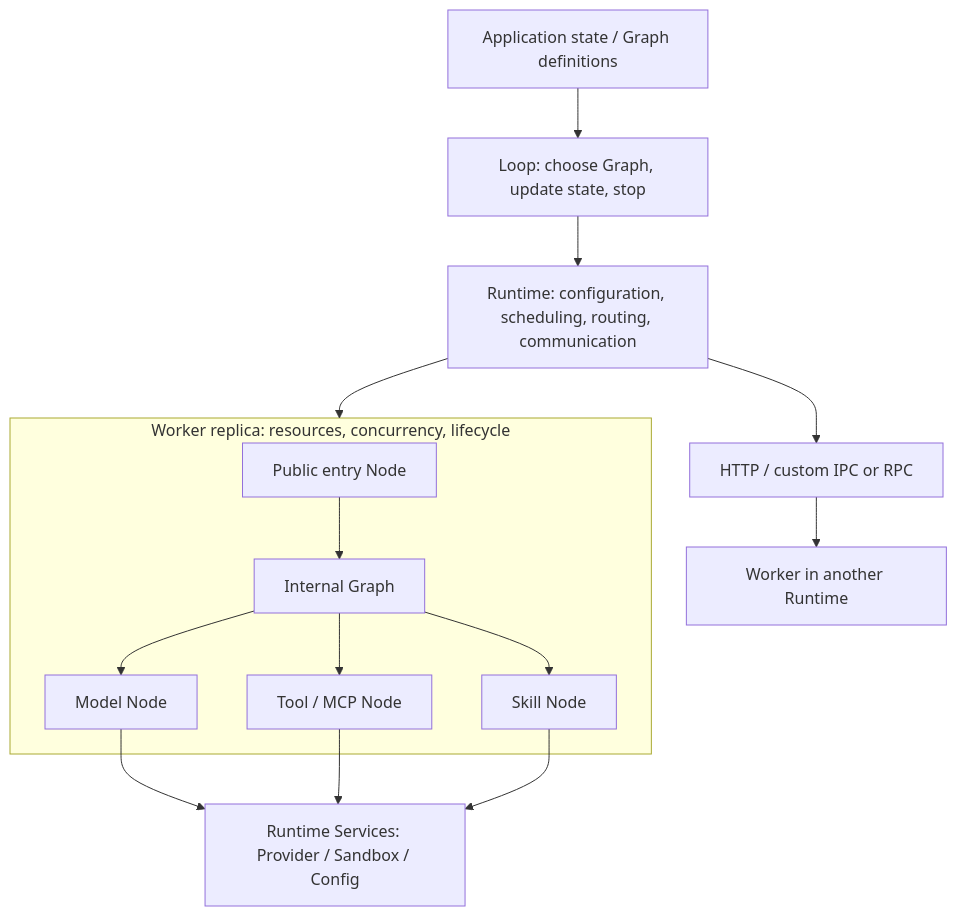
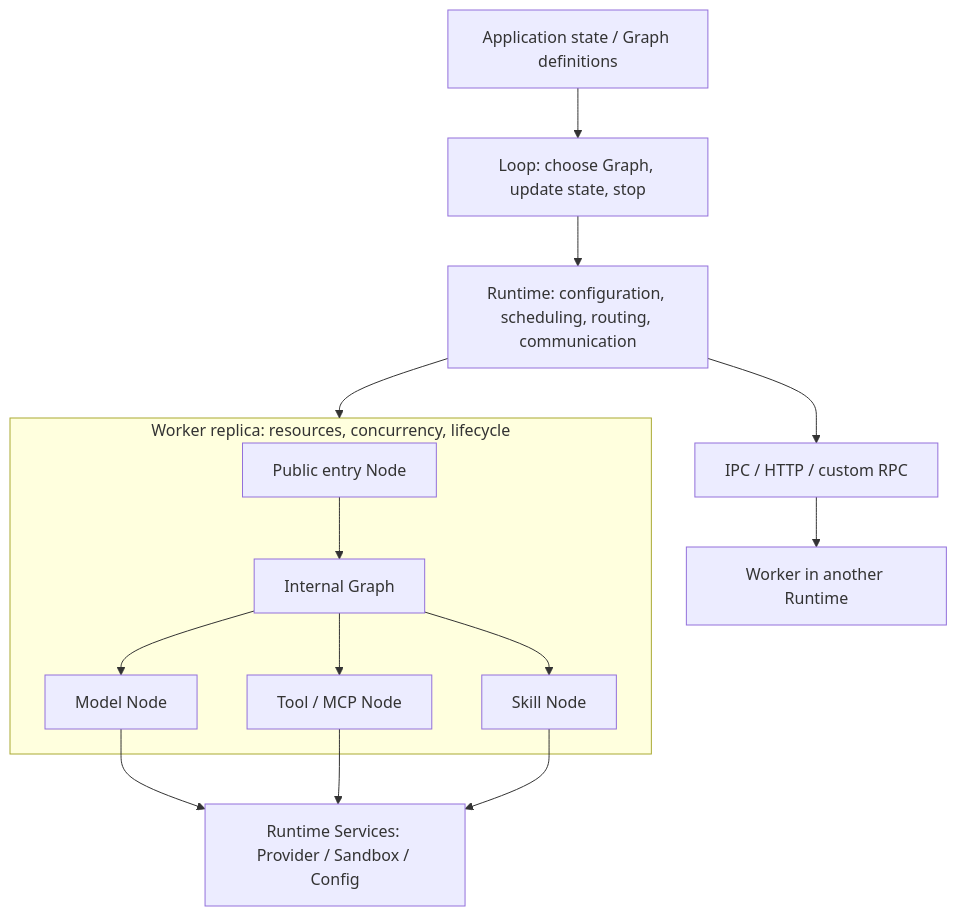
The diagram in docs/architecture.md (erwinmsmith/Ditto), drawn with Mermaid before and after one commit. The commit also changed other lines of this file and 35 other files, not shown here.

Commit message:
feat(runtime): add worker placement, bounded graphs and local IPC

````diff
--- a/docs/architecture.md
+++ b/docs/architecture.md
@@ -9,17 +9,17 @@
 ```mermaid
 flowchart TB
   App[Application state / Graph definitions] --> Loop[Loop: choose Graph, update state, stop]
   Loop --> Runtime[Runtime: configuration, scheduling, routing, communication]
   Runtime --> A
-  Runtime --> Transport[HTTP / custom IPC or RPC]
+  Runtime --> Transport[IPC / HTTP / custom RPC]
   Transport --> B[Worker in another Runtime]
   subgraph A[Worker replica: resources, concurrency, lifecycle]
     Entry[Public entry Node] --> G[Internal Graph]
     G --> Think[Model Node]
     G --> Tool[Tool / MCP Node]
     G --> Skill[Skill Node]
   end
   Think --> Services[Runtime Services: Provider / Sandbox / Config]
   Tool --> Services
   Skill --> Services
 ```
````
